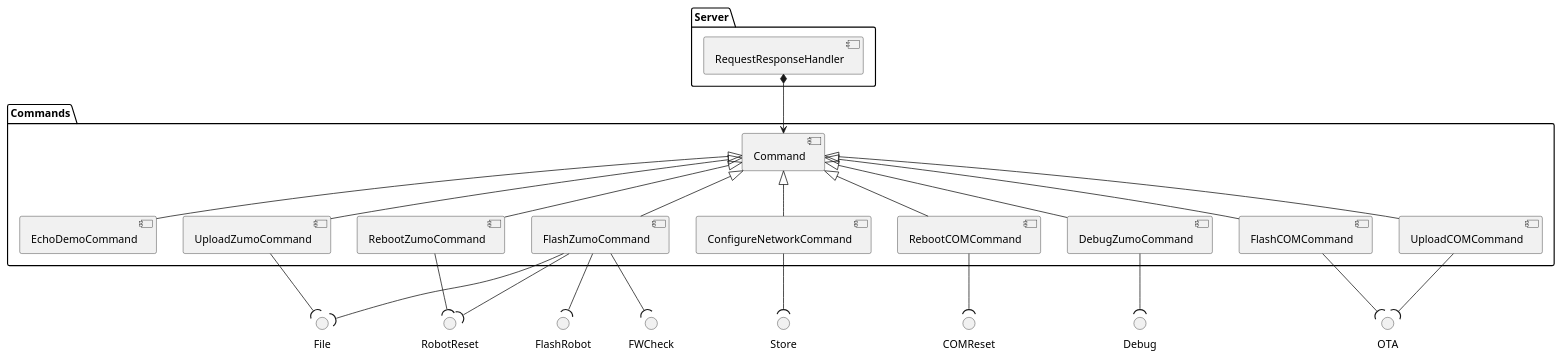
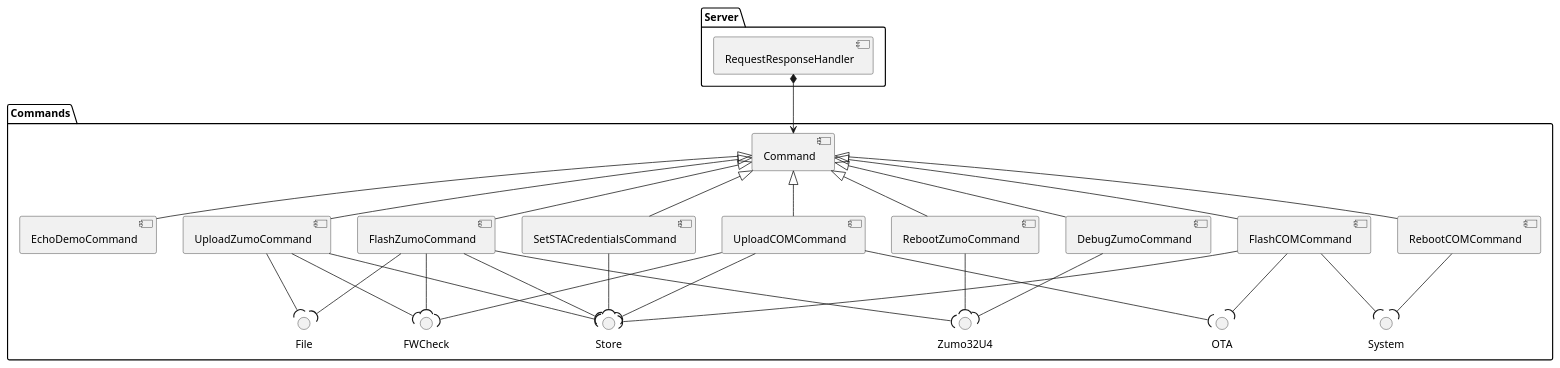
Before and after one commit to NewTec-GmbH/ZumoComSystem: the diagram in doc/architecture/server/03_Commands.plantuml, drawn with PlantUML. The commit also changed 6 other files, not shown here.

Commit message:
refactor(server): Design initial software architecture for RobotFlasher #36

```diff
--- a/doc/architecture/server/03_Commands.plantuml
+++ b/doc/architecture/server/03_Commands.plantuml
@@ -1,50 +1,54 @@
 @startuml
 package Server {
     component "RequestResponseHandler" as RequestResponseHandler
 }
 
-interface "COMReset" as comreset
-interface "RobotReset" as robotreset
-interface "Debug" as debug
-interface "OTA" as ota
-interface "FlashRobot" as flashrobot
-interface "FWCheck" as FWCheck
-interface "File" as File
-interface "Store" as Store
+package Commands {
+    interface "OTA" as ota
+    interface "FWCheck" as FWCheck
+    interface "File" as File
+    interface "Store" as Store
+    interface "Zumo32U4" as Zumo32U4
+    interface "System" as System
 
-package Commands {
     component Command
     component "EchoDemoCommand" as echodemocommand
     component "UploadZumoCommand" as uploadzumoservice
     component "FlashZumoCommand" as flashzumoservice
-    component "ConfigureNetworkCommand" as credconfig
+    component "SetSTACredentialsCommand" as credconfig
     component "RebootZumoCommand" as resetzumoservice
     component "RebootCOMCommand" as resetcomplatforomservice
     component "DebugZumoCommand" as zumodebug
     component "UploadCOMCommand" as uploadcomfirmware
     component "FlashCOMCommand" as flashcomfirmware
 
     Command <|-- echodemocommand
     Command <|-- uploadzumoservice
     Command <|-- flashzumoservice
     Command <|-- credconfig
     Command <|-- resetzumoservice
     Command <|-- resetcomplatforomservice
     Command <|-- zumodebug
     Command <|-- uploadcomfirmware
     Command <|-- flashcomfirmware
     RequestResponseHandler *--> Command
 
     uploadzumoservice -down-(File
+    uploadzumoservice -down-(Store
+    uploadzumoservice -down-(FWCheck
     uploadcomfirmware -down-(ota
+    uploadcomfirmware -down-(Store
+    uploadcomfirmware -down-(FWCheck
     flashcomfirmware -down-(ota
+    flashcomfirmware -down-(Store
+    flashcomfirmware -down-(System
     credconfig -down-(Store
     flashzumoservice -down-(FWCheck
     flashzumoservice -down-(File
-    flashzumoservice -down-(flashrobot
-    flashzumoservice -down-(robotreset
-    resetcomplatforomservice -down-(comreset
-    resetzumoservice -down-(robotreset
-    zumodebug -down-(debug
+    flashzumoservice -down-(Store
+    flashzumoservice -down-(Zumo32U4
+    resetzumoservice -down-(Zumo32U4
+    resetcomplatforomservice -down-(System
+    zumodebug -down-(Zumo32U4
 }
 @enduml
```
